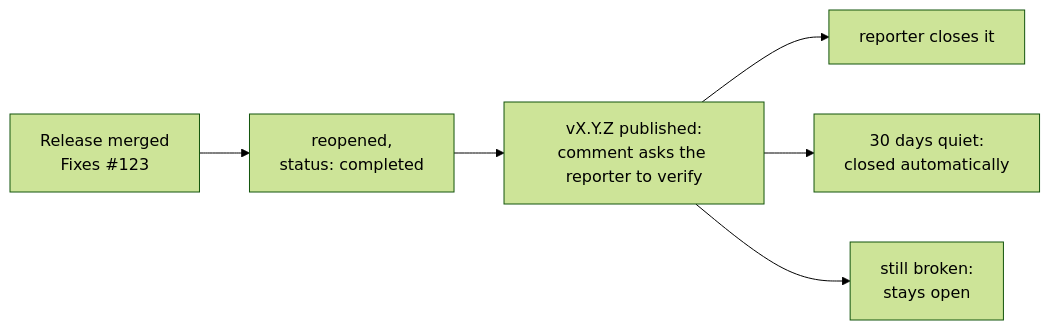
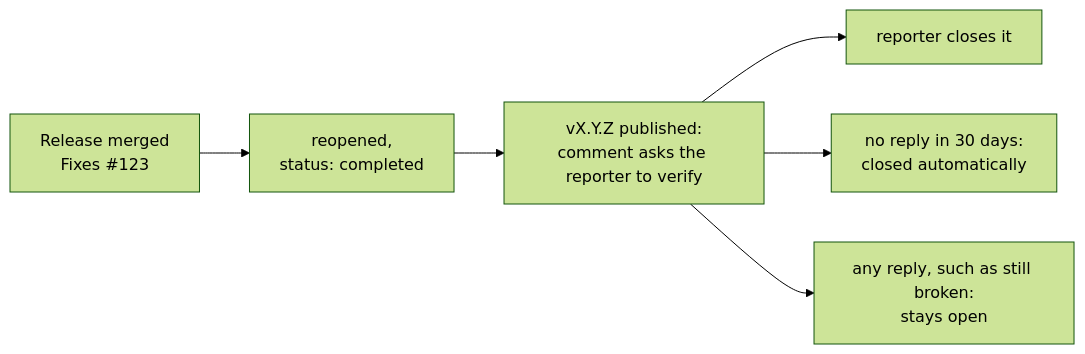
One commit to oliverbravery/PrintGuard changed the diagram in CONTRIBUTING.md. Above: the diagram before and after it, drawn with Mermaid (forest theme). The commit also changed other lines of this file and 3 other files, not shown here.

````diff
--- a/CONTRIBUTING.md
+++ b/CONTRIBUTING.md
@@ -377,8 +384,8 @@
 ```mermaid
 flowchart LR
     merge["Release merged<br/>Fixes #123"] --> reopen["reopened,<br/>status: completed"]
     reopen --> notify["vX.Y.Z published:<br/>comment asks the reporter to verify"]
     notify --> confirmed["reporter closes it"]
-    notify --> quiet["30 days quiet:<br/>closed automatically"]
-    notify --> more["still broken:<br/>stays open"]
+    notify --> quiet["no reply in 30 days:<br/>closed automatically"]
+    notify --> more["any reply, such as still broken:<br/>stays open"]
 ```
````
